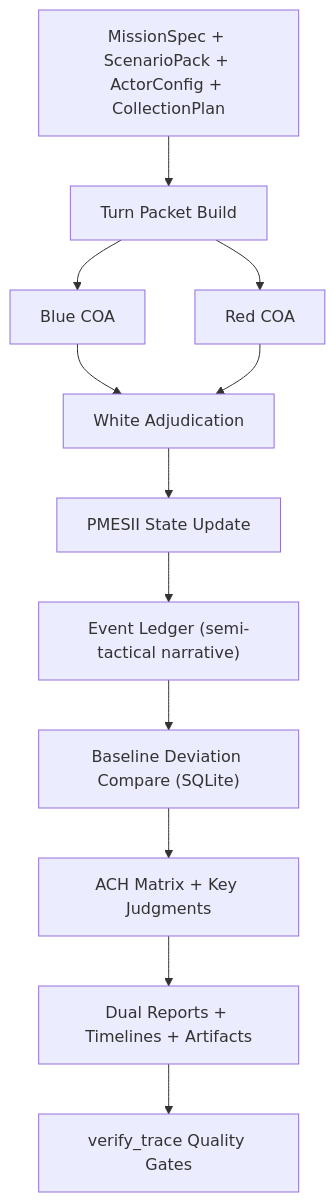
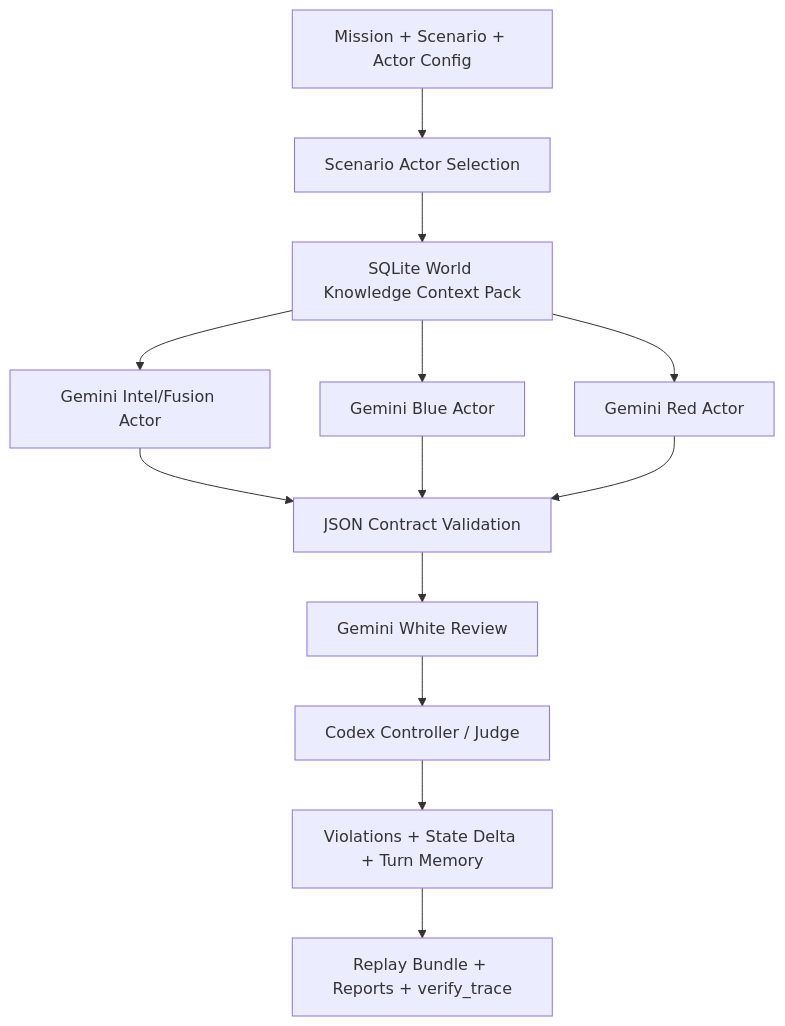
Before and after one commit to show940125/indo-pacific-pmesii-wargame-skill: the diagram in README.md, drawn with Mermaid. The commit also changed other lines of this file and 1 other file, not shown here.

````diff
--- a/README.md
+++ b/README.md
@@ -80,14 +22,15 @@
 ```mermaid
 flowchart TD
-    A["MissionSpec + ScenarioPack + ActorConfig + CollectionPlan"] --> B["Turn Packet Build"]
-    B --> C["Blue COA"]
-    B --> D["Red COA"]
-    C --> E["White Adjudication"]
-    D --> E
-    E --> F["PMESII State Update"]
-    F --> G["Event Ledger (semi-tactical narrative)"]
-    G --> H["Baseline Deviation Compare (SQLite)"]
-    H --> I["ACH Matrix + Key Judgments"]
-    I --> J["Dual Reports + Timelines + Artifacts"]
-    J --> K["verify_trace Quality Gates"]
+    A["Mission + Scenario + Actor Config"] --> B["Scenario Actor Selection"]
+    B --> C["SQLite World Knowledge Context Pack"]
+    C --> D["Gemini Intel/Fusion Actor"]
+    C --> E["Gemini Blue Actor"]
+    C --> F["Gemini Red Actor"]
+    D --> G["JSON Contract Validation"]
+    E --> G
+    F --> G
+    G --> H["Gemini White Review"]
+    H --> I["Codex Controller / Judge"]
+    I --> J["Violations + State Delta + Turn Memory"]
+    J --> K["Replay Bundle + Reports + verify_trace"]
 ```
````
